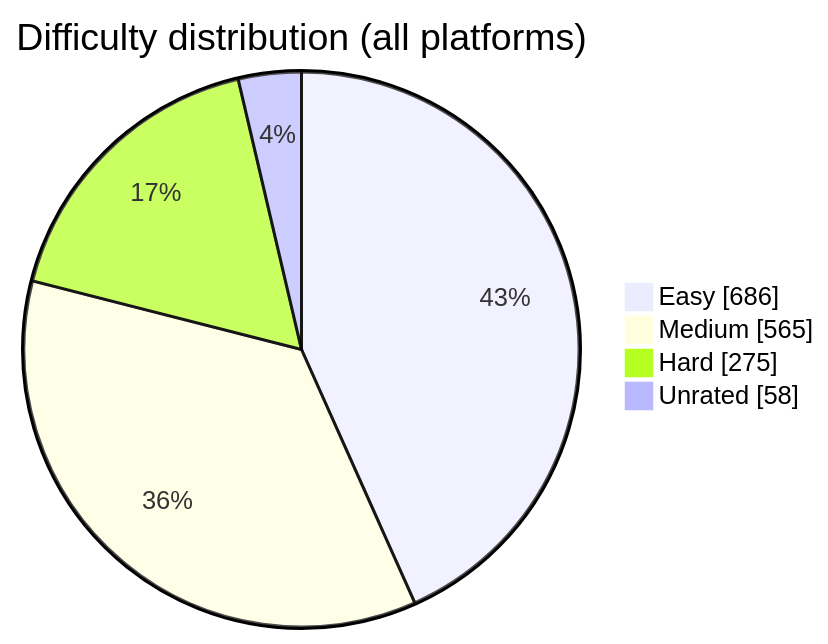
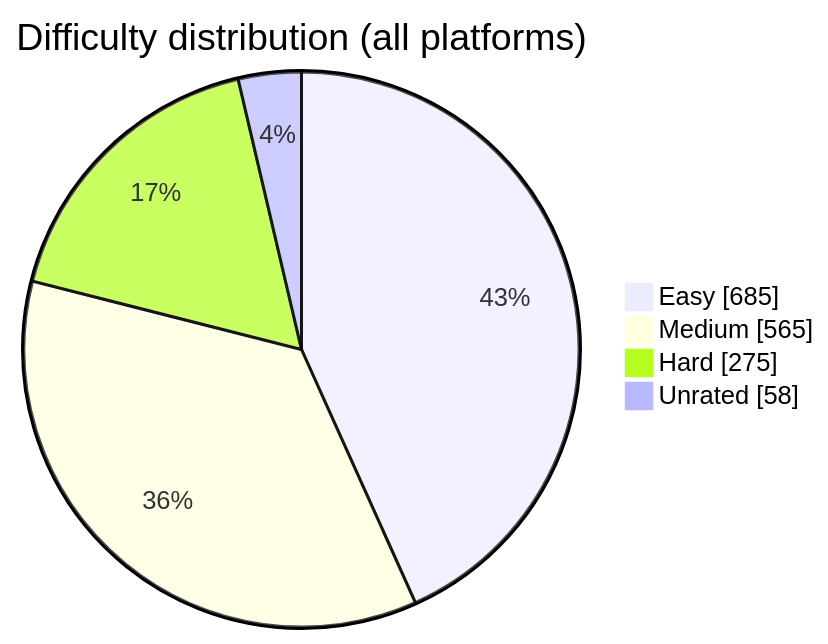
One commit to BuildbyArindam/Daily-Coding-Log changed the diagram in README.md. Above: the diagram before and after it, drawn with Mermaid. The commit also changed other lines of this file, not shown here.

````diff
--- a/README.md
+++ b/README.md
@@ -93,7 +93,7 @@
 ```mermaid
 pie showData title Difficulty distribution (all platforms)
-    "Easy" : 686
+    "Easy" : 685
     "Medium" : 565
     "Hard" : 275
     "Unrated" : 58
 ```
````
